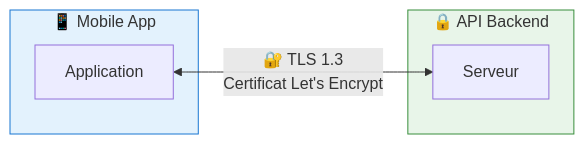
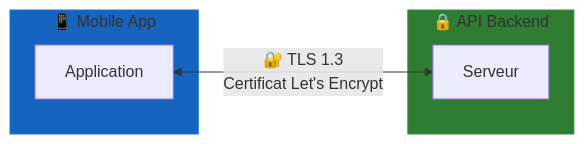
The diagram in src/content/docs/projet/securite.mdx (mindlet-app/docs), drawn with Mermaid before and after one commit. The commit also changed 17 other files, not shown here.

First line of the commit message:
feat: Update Mermaid diagrams and enhance documentation clarity

````diff
--- a/src/content/docs/projet/securite.mdx
+++ b/src/content/docs/projet/securite.mdx
@@ -34,15 +34,15 @@
 ```mermaid
 flowchart LR
     subgraph Mobile["📱 Mobile App"]
         MA[Application]
     end
     
     subgraph Backend["🔒 API Backend"]
         API[Serveur]
     end
     
     MA <-->|"🔐 TLS 1.3\nCertificat Let's Encrypt"| API
     
-    style Mobile fill:#e3f2fd,stroke:#1976d2
-    style Backend fill:#e8f5e9,stroke:#388e3c
+    style Mobile fill:#1565c0,stroke:#1976d2
+    style Backend fill:#2e7d32,stroke:#388e3c
 ```
````
